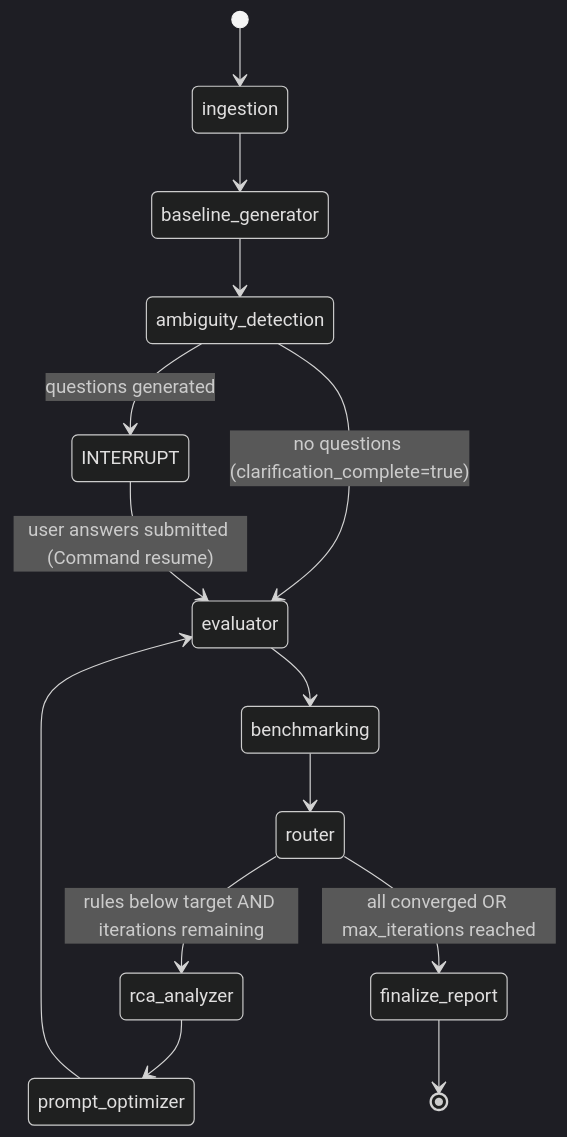
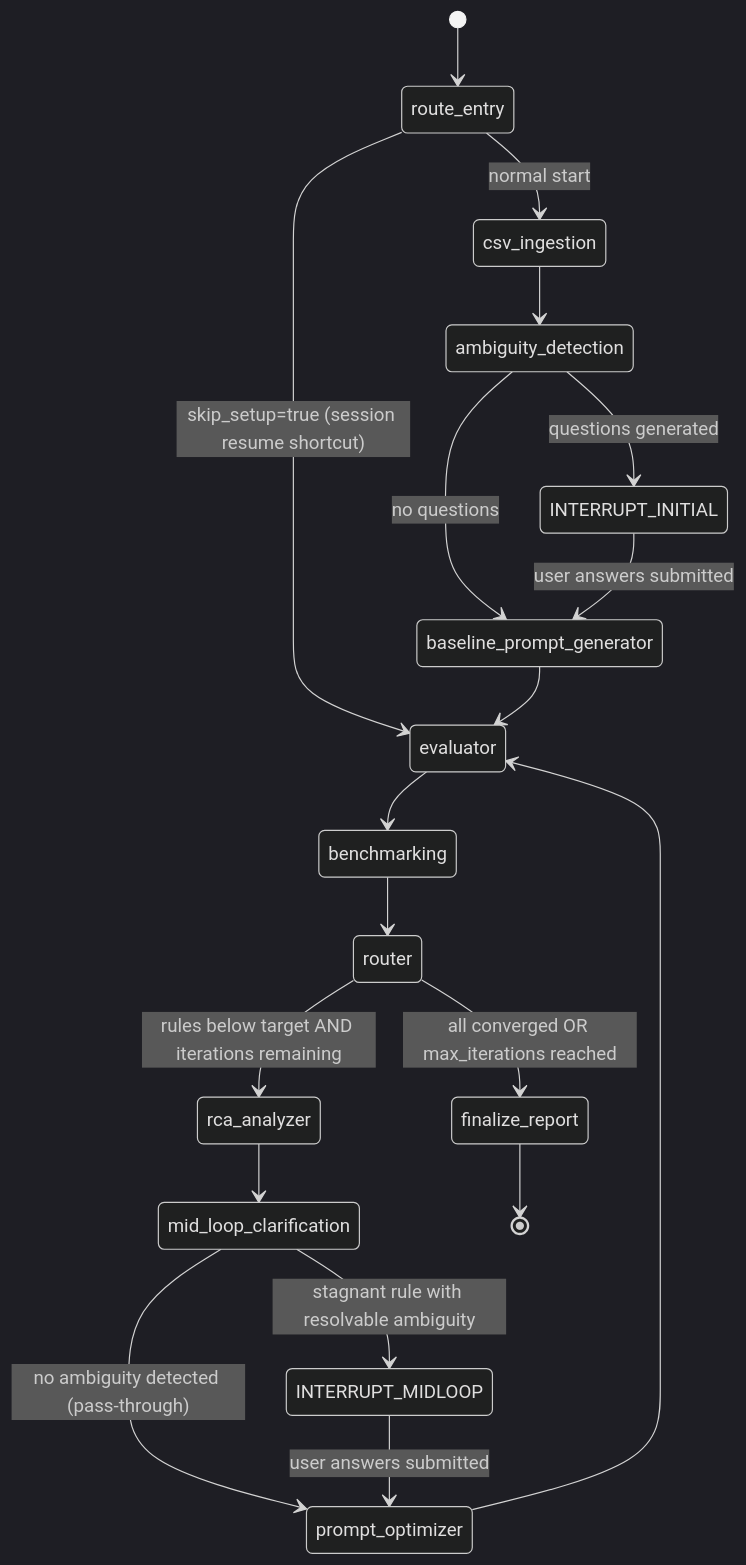
Before and after one commit to anto5699/autoqa-prompt-optimizer: the diagram in ARCHITECTURE.md, drawn with Mermaid (dark theme). The commit also changed other lines of this file, not shown here.

Commit message:
docs: update ARCHITECTURE.md to latest

````diff
--- a/ARCHITECTURE.md
+++ b/ARCHITECTURE.md
@@ -64,21 +67,28 @@
 ```mermaid
 stateDiagram-v2
-    [*] --> ingestion
-    ingestion --> baseline_generator
-    baseline_generator --> ambiguity_detection
+    [*] --> route_entry
+    route_entry --> csv_ingestion : normal start
+    route_entry --> evaluator : skip_setup=true (session resume shortcut)
 
-    ambiguity_detection --> evaluator : no questions (clarification_complete=true)
-    ambiguity_detection --> INTERRUPT : questions generated
-    INTERRUPT --> evaluator : user answers submitted (Command resume)
+    csv_ingestion --> ambiguity_detection
+    ambiguity_detection --> baseline_prompt_generator : no questions
+    ambiguity_detection --> INTERRUPT_INITIAL : questions generated
+    INTERRUPT_INITIAL --> baseline_prompt_generator : user answers submitted
+
+    baseline_prompt_generator --> evaluator
 
     evaluator --> benchmarking
     benchmarking --> router
 
     router --> rca_analyzer : rules below target AND iterations remaining
     router --> finalize_report : all converged OR max_iterations reached
 
-    rca_analyzer --> prompt_optimizer
+    rca_analyzer --> mid_loop_clarification
+    mid_loop_clarification --> prompt_optimizer : no ambiguity detected (pass-through)
+    mid_loop_clarification --> INTERRUPT_MIDLOOP : stagnant rule with resolvable ambiguity
+    INTERRUPT_MIDLOOP --> prompt_optimizer : user answers submitted
+
     prompt_optimizer --> evaluator
 
     finalize_report --> [*]
 ```
````
